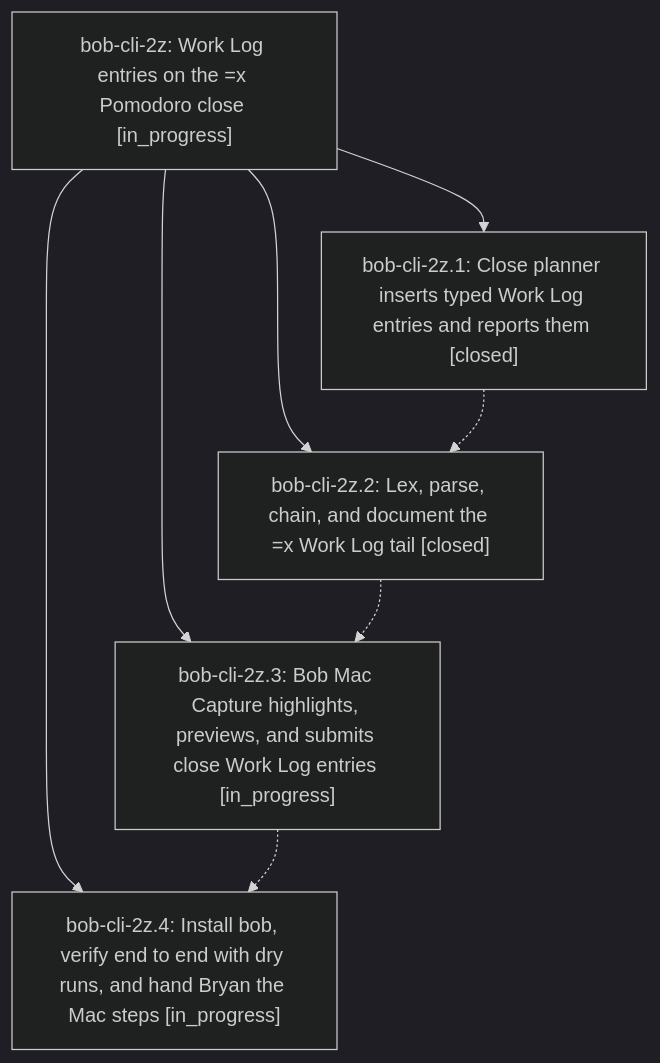
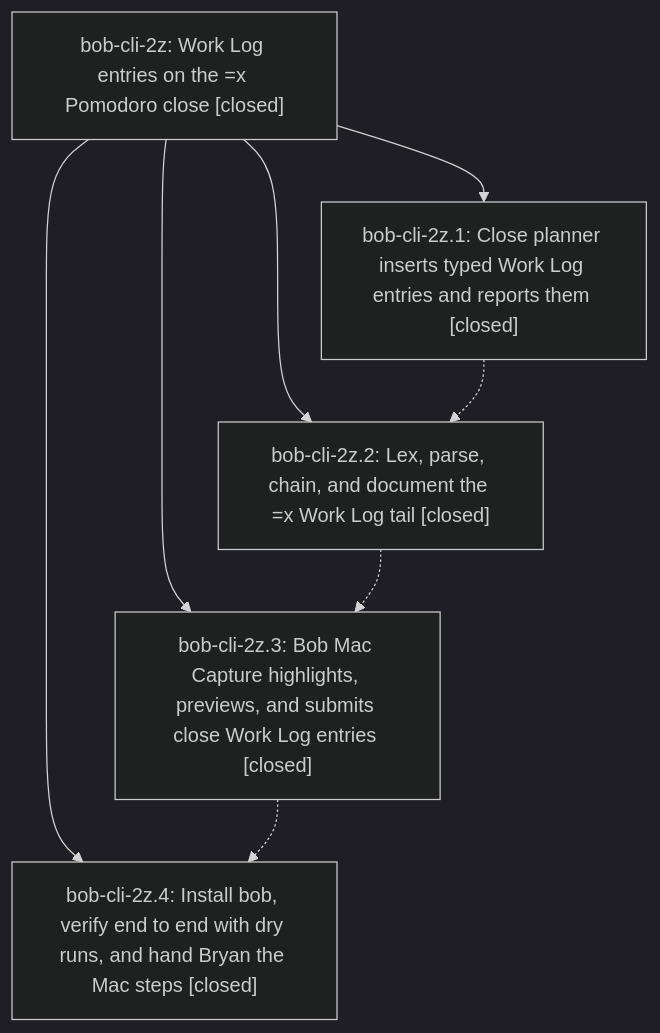
Before and after one commit to bobs-org/bob-cli--beads: the diagram in pages/bob-cli-2z/README.md, drawn with Mermaid (dark theme). The commit also changed other lines of this file and 3 other files, not shown here.

First line of the commit message:
chore(beads): sync bead state and pages for bob-cli-2z

````diff
--- a/pages/bob-cli-2z/README.md
+++ b/pages/bob-cli-2z/README.md
@@ -25,15 +33,15 @@
 ```mermaid
 flowchart TD
-    n0["bob-cli-2z: Work Log entries on the =x Pomodoro close [in_progress]"]
+    n0["bob-cli-2z: Work Log entries on the =x Pomodoro close [closed]"]
     n1["bob-cli-2z.1: Close planner inserts typed Work Log entries and reports them [closed]"]
     n2["bob-cli-2z.2: Lex, parse, chain, and document the =x Work Log tail [closed]"]
-    n3["bob-cli-2z.3: Bob Mac Capture highlights, previews, and submits close Work Log entries [in_progress]"]
-    n4["bob-cli-2z.4: Install bob, verify end to end with dry runs, and hand Bryan the Mac steps [in_progress]"]
+    n3["bob-cli-2z.3: Bob Mac Capture highlights, previews, and submits close Work Log entries [closed]"]
+    n4["bob-cli-2z.4: Install bob, verify end to end with dry runs, and hand Bryan the Mac steps [closed]"]
     n0 --> n1
     n0 --> n2
     n0 --> n3
     n0 --> n4
     n1 -.-> n2
     n2 -.-> n3
     n3 -.-> n4
 ```
````
